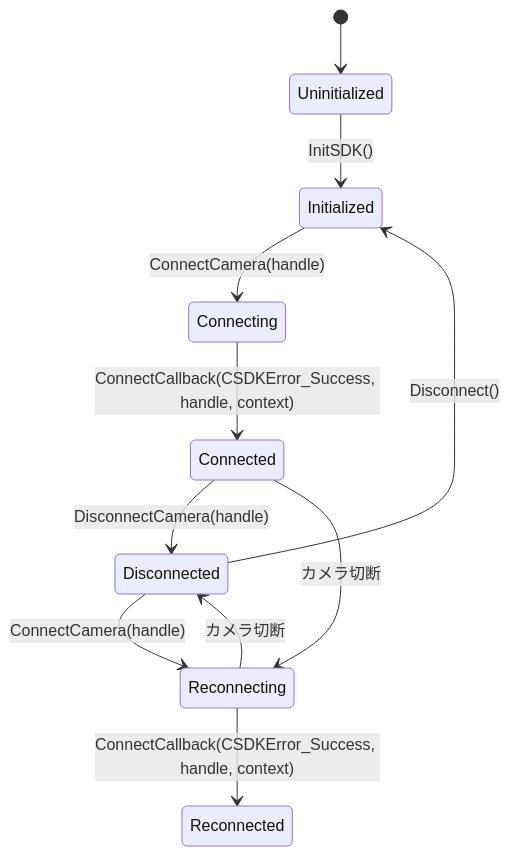
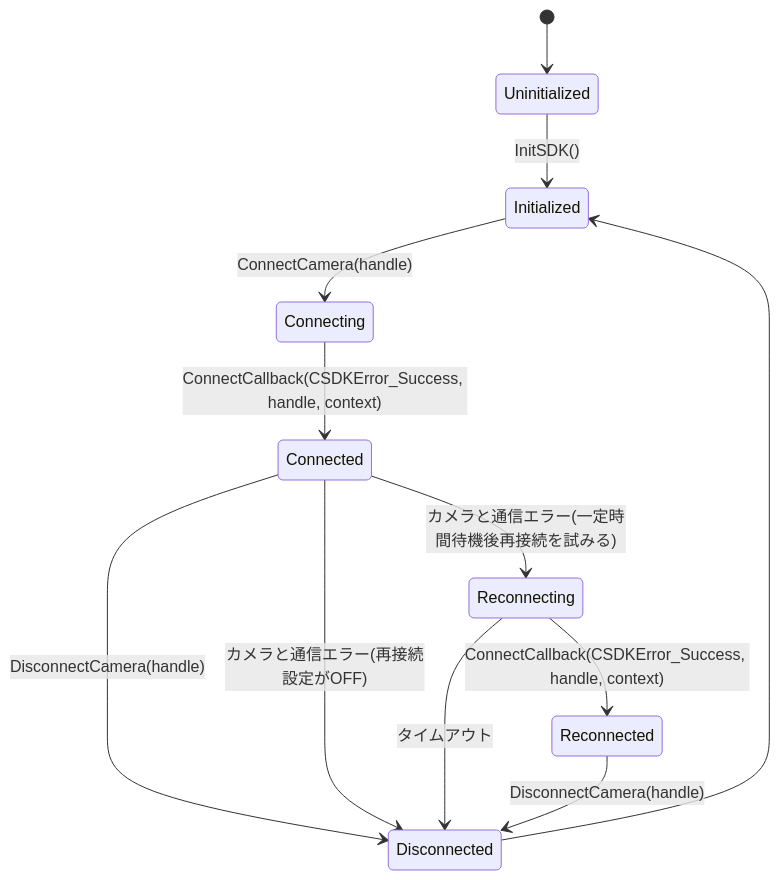
Before and after one commit to BH-mk2/portfolio_base_design: the fourth of 4 diagrams in docs/my_design/session3_draft.md, drawn with Mermaid. The commit also changed other lines of this file, not shown here.

Commit message:
状態遷移図と設計判断を書いた

````diff
--- a/docs/my_design/session3_draft.md
+++ b/docs/my_design/session3_draft.md
@@ -91,14 +91,15 @@
 ```mermaid
 %% 【ここに状態遷移図を記述してください】
 stateDiagram-v2
     [*] --> Uninitialized
     Uninitialized --> Initialized : InitSDK()
     Initialized --> Connecting : ConnectCamera(handle)
     Connecting --> Connected : ConnectCallback(CSDKError_Success, handle, context)
     Connected --> Disconnected : DisconnectCamera(handle)
-    Disconnected --> Initialized : Disconnect()
-    Disconnected --> Reconnecting : ConnectCamera(handle)
+    Disconnected --> Initialized : 
     Reconnecting --> Reconnected : ConnectCallback(CSDKError_Success, handle, context)
-    Connected --> Reconnecting : カメラ切断
-    Reconnecting --> Disconnected : カメラ切断
+    Connected --> Reconnecting : カメラと通信エラー(一定時間待機後再接続を試みる)
+    Connected --> Disconnected : カメラと通信エラー(再接続設定がOFF)
+    Reconnecting --> Disconnected : タイムアウト
+    Reconnected --> Disconnected : DisconnectCamera(handle)
 ```
````
